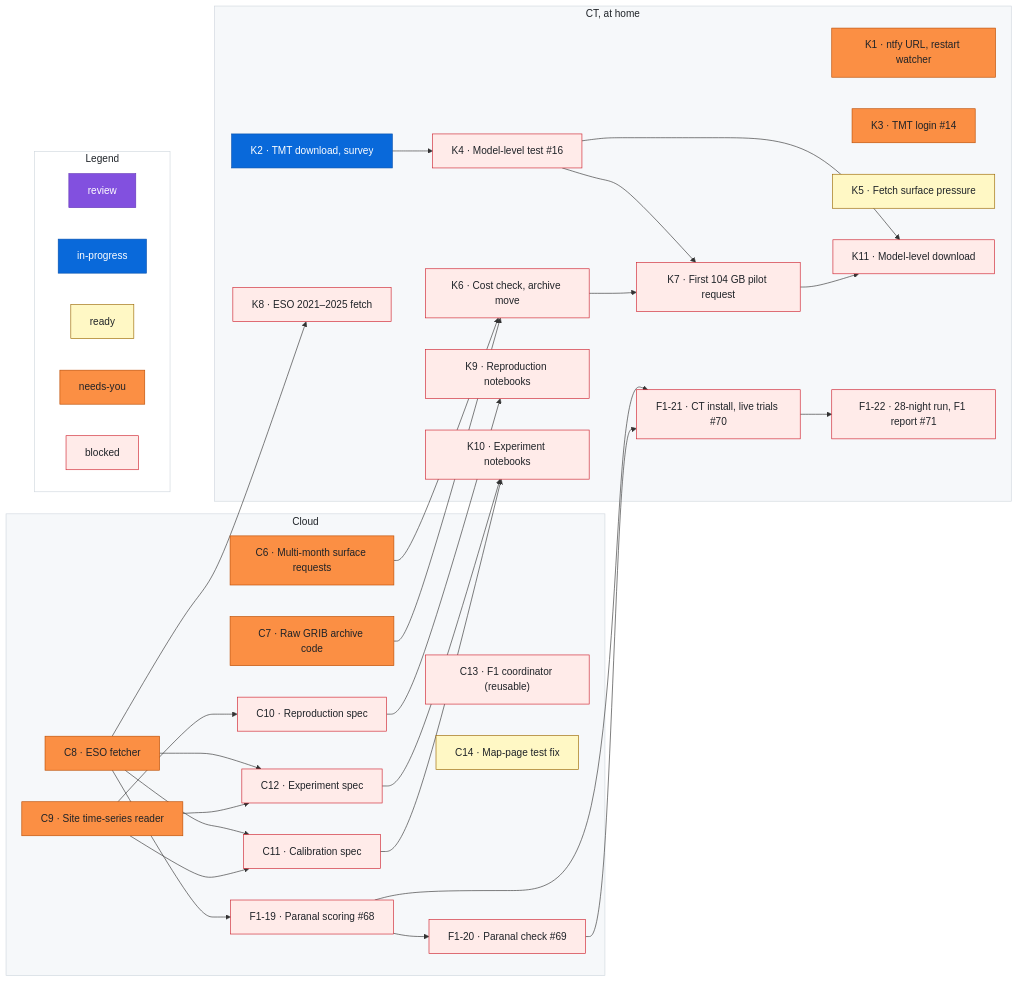
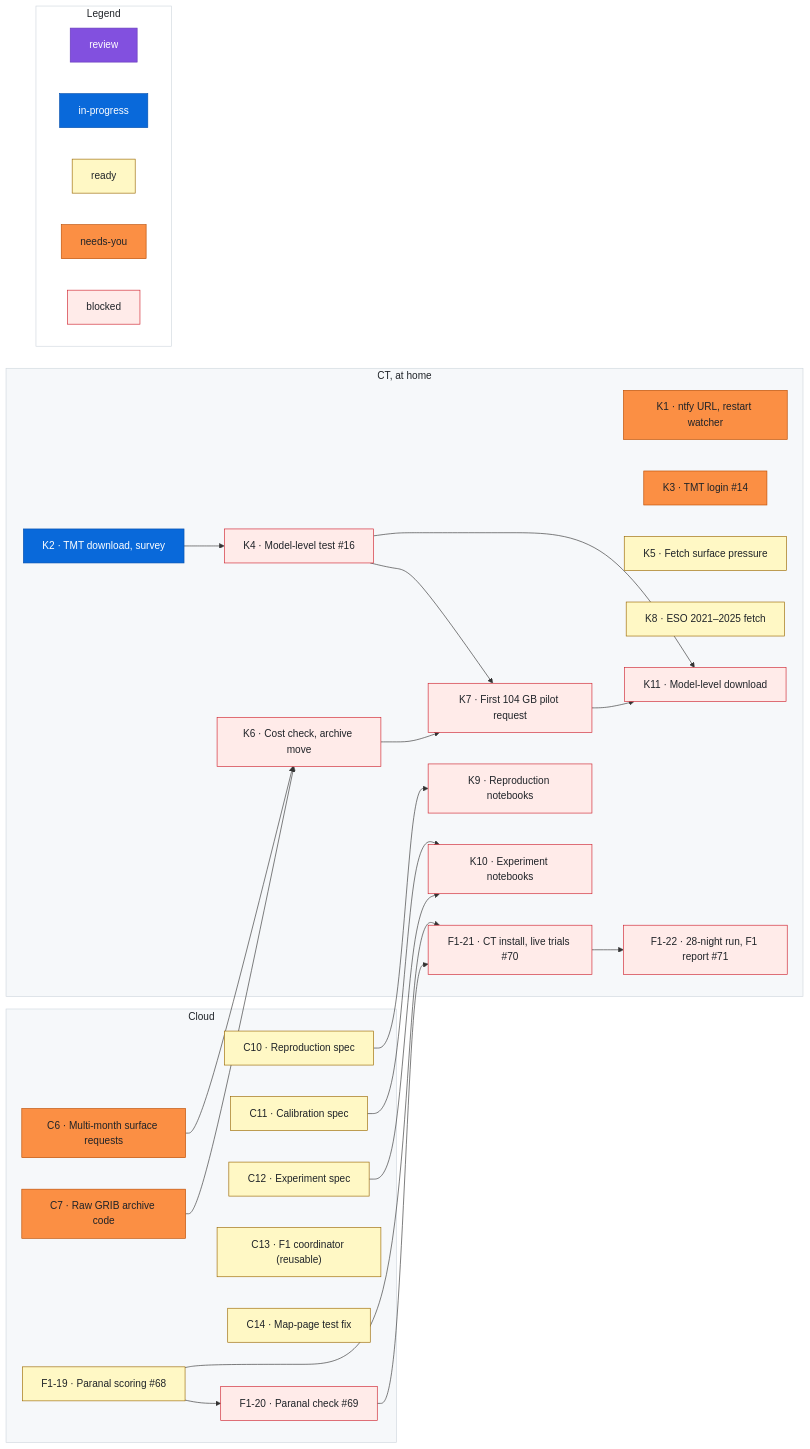
One commit to rrweller/Astro-seeing changed the diagram in docs/roadmap.md. Above: the diagram before and after it, drawn with Mermaid. The commit also changed other lines of this file, not shown here.

Commit message:
roadmap: sweep (remove C8 (#104 merged), remove C9 (#102 merged); C10, C11, C12, C13, F1-19, K8 ready)

```diff
--- a/docs/roadmap.md
+++ b/docs/roadmap.md
@@ -75,8 +71,6 @@
   subgraph cloud["Cloud"]
     C6["C6 · Multi-month surface requests"]
     C7["C7 · Raw GRIB archive code"]
-    C8["C8 · ESO fetcher"]
-    C9["C9 · Site time-series reader"]
     C10["C10 · Reproduction spec"]
     C11["C11 · Calibration spec"]
     C12["C12 · Experiment spec"]
@@ -100,21 +94,14 @@
     F1_21["F1-21 · CT install, live trials #70"]
     F1_22["F1-22 · 28-night run, F1 report #71"]
   end
-  C8 --> F1_19
   F1_19 --> F1_20
   F1_19 --> F1_21
   F1_20 --> F1_21
   F1_21 --> F1_22
-  C9 --> C10
-  C8 --> C11
-  C9 --> C11
   K2 --> K4 --> K7
   C6 --> K6
   C7 --> K6 --> K7
-  C8 --> K8
   C10 --> K9
-  C8 --> C12
-  C9 --> C12
   C12 --> K10
   C11 --> K10
   K4 --> K11
@@ -140,21 +127,17 @@
   %% ---
   class C7 needsyou
   %% ---
-  class C8 needsyou
+  class C10 ready
   %% ---
-  class C9 needsyou
+  class C11 ready
   %% ---
-  class C10 blocked
+  class C12 ready
   %% ---
-  class C11 blocked
-  %% ---
-  class C12 blocked
-  %% ---
-  class C13 blocked
+  class C13 ready
   %% ---
   class C14 ready
   %% ---
-  class F1_19 blocked
+  class F1_19 ready
   %% ---
   class F1_20 blocked
   %% ---
@@ -176,7 +159,7 @@
   %% ---
   class K7 blocked
   %% ---
-  class K8 blocked
+  class K8 ready
   %% ---
   class K9 blocked
   %% ---
```
